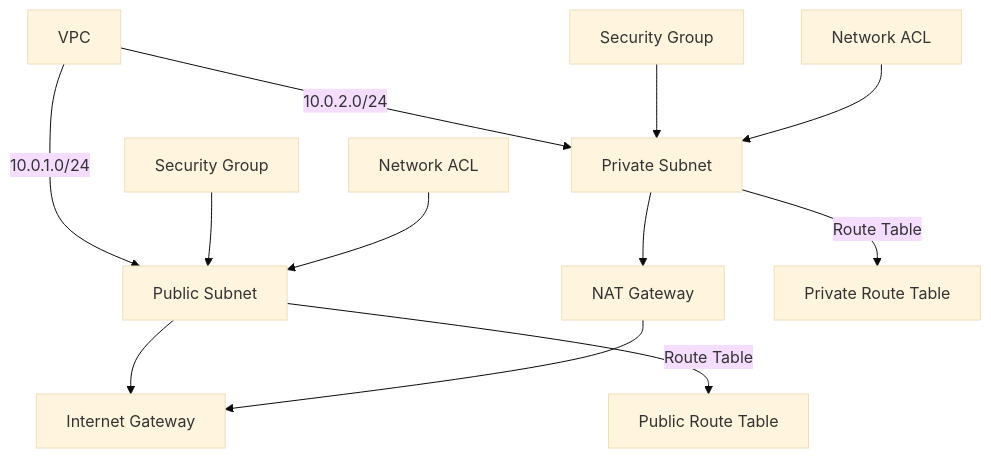
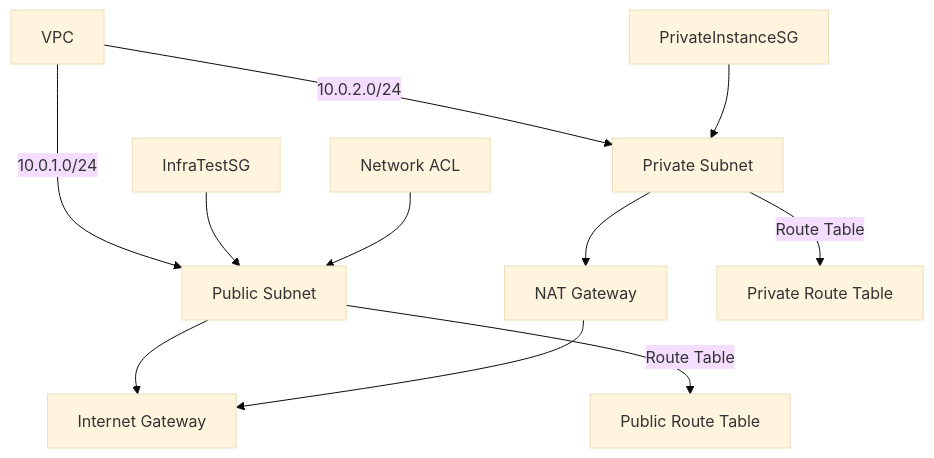
One commit to Walentino/cybr-vpc-lab changed the diagram in chapter5/c5-commands.md. Above: the diagram before and after it, drawn with Mermaid (base theme). The commit also changed other lines of this file, not shown here.

````diff
--- a/chapter5/c5-commands.md
+++ b/chapter5/c5-commands.md
@@ -197,14 +344,13 @@
 ```mermaid
 graph TD;
   A[VPC] -->|10.0.1.0/24| B[Public Subnet]
   A -->|10.0.2.0/24| C[Private Subnet]
   B --> D[Internet Gateway]
   C --> E[NAT Gateway]
   B -->|Route Table| F[Public Route Table]
   C -->|Route Table| G[Private Route Table]
   E --> D
-  H[Security Group] --> B
-  I[Security Group] --> C
+  H[InfraTestSG] --> B
+  I[PrivateInstanceSG] --> C
   J[Network ACL] --> B
-  K[Network ACL] --> C
 ```
````
